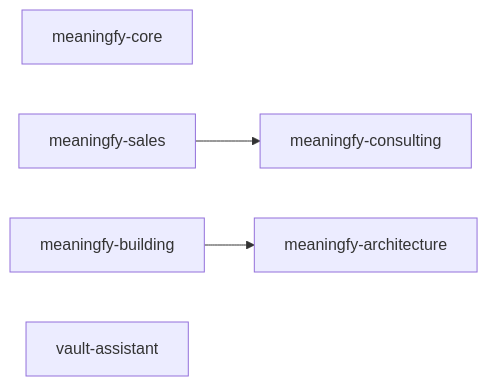
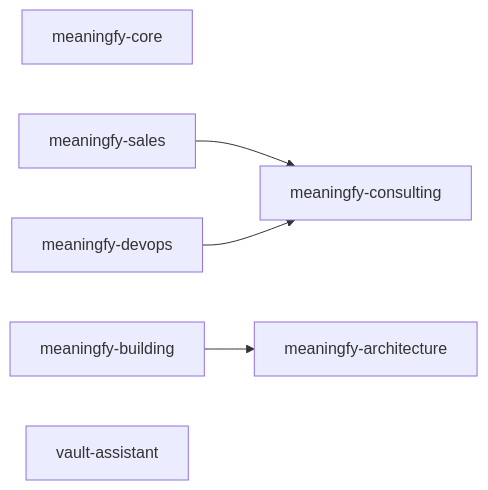
The second of 3 diagrams in docs/skill-inventory.md (meaningfy-ws/skillery), drawn with Mermaid before and after one commit. The commit also changed other lines of this file and 137 other files, not shown here.

````diff
--- a/docs/skill-inventory.md
+++ b/docs/skill-inventory.md
@@ -218,11 +256,13 @@
 ```mermaid
 flowchart LR
   b_meaningfy_core["meaningfy-core"]
   b_meaningfy_consulting["meaningfy-consulting"]
   b_meaningfy_sales["meaningfy-sales"]
   b_meaningfy_architecture["meaningfy-architecture"]
   b_meaningfy_building["meaningfy-building"]
+  b_meaningfy_devops["meaningfy-devops"]
   b_vault_assistant["vault-assistant"]
   b_meaningfy_sales --> b_meaningfy_consulting
   b_meaningfy_building --> b_meaningfy_architecture
+  b_meaningfy_devops --> b_meaningfy_consulting
 ```
````
